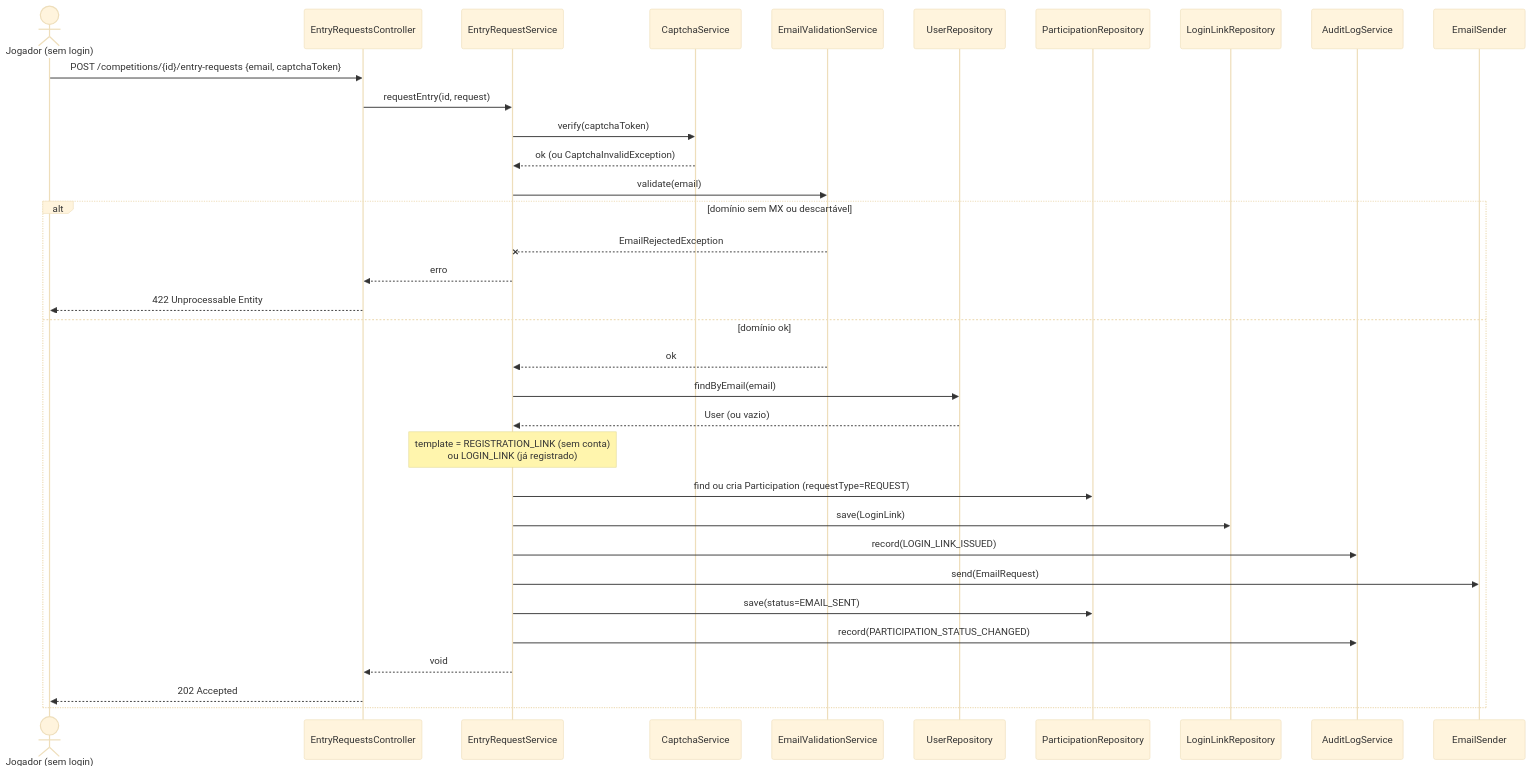
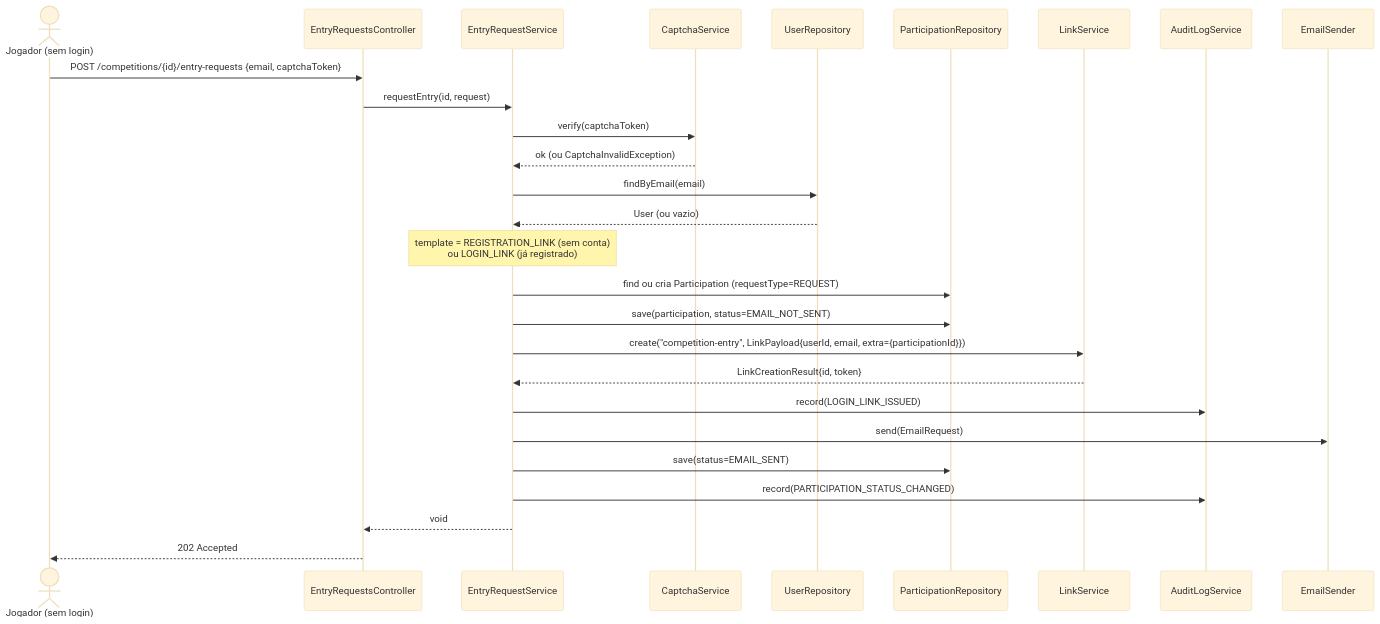
One commit to lalgarve/jogo-acoes changed the sixth of 9 diagrams in docs/diagrams/sequencia.md. Above: the diagram before and after it, drawn with Mermaid (base theme). The commit also changed other lines of this file, not shown here.

First line of the commit message:
docs: refresh sequence diagrams for login/link after the 05-003 refactor

````diff
--- a/docs/diagrams/sequencia.md
+++ b/docs/diagrams/sequencia.md
@@ -174,37 +222,30 @@
 ```mermaid
 sequenceDiagram
     actor J as Jogador (sem login)
     participant ERC as EntryRequestsController
     participant ERS as EntryRequestService
     participant Cap as CaptchaService
-    participant EV as EmailValidationService
     participant UR as UserRepository
     participant PR as ParticipationRepository
-    participant LLR as LoginLinkRepository
+    participant LiS as LinkService
     participant AL as AuditLogService
     participant ES as EmailSender
 
     J->>ERC: POST /competitions/{id}/entry-requests {email, captchaToken}
     ERC->>ERS: requestEntry(id, request)
     ERS->>Cap: verify(captchaToken)
     Cap-->>ERS: ok (ou CaptchaInvalidException)
-    ERS->>EV: validate(email)
-    alt domínio sem MX ou descartável
-        EV--xERS: EmailRejectedException
-        ERS-->>ERC: erro
-        ERC-->>J: 422 Unprocessable Entity
-    else domínio ok
-        EV-->>ERS: ok
-        ERS->>UR: findByEmail(email)
-        UR-->>ERS: User (ou vazio)
-        Note over ERS: template = REGISTRATION_LINK (sem conta)<br/>ou LOGIN_LINK (já registrado)
-        ERS->>PR: find ou cria Participation (requestType=REQUEST)
-        ERS->>LLR: save(LoginLink)
-        ERS->>AL: record(LOGIN_LINK_ISSUED)
-        ERS->>ES: send(EmailRequest)
-        ERS->>PR: save(status=EMAIL_SENT)
-        ERS->>AL: record(PARTICIPATION_STATUS_CHANGED)
-        ERS-->>ERC: void
-        ERC-->>J: 202 Accepted
-    end
+    ERS->>UR: findByEmail(email)
+    UR-->>ERS: User (ou vazio)
+    Note over ERS: template = REGISTRATION_LINK (sem conta)<br/>ou LOGIN_LINK (já registrado)
+    ERS->>PR: find ou cria Participation (requestType=REQUEST)
+    ERS->>PR: save(participation, status=EMAIL_NOT_SENT)
+    ERS->>LiS: create("competition-entry", LinkPayload{userId, email, extra={participationId}})
+    LiS-->>ERS: LinkCreationResult{id, token}
+    ERS->>AL: record(LOGIN_LINK_ISSUED)
+    ERS->>ES: send(EmailRequest)
+    ERS->>PR: save(status=EMAIL_SENT)
+    ERS->>AL: record(PARTICIPATION_STATUS_CHANGED)
+    ERS-->>ERC: void
+    ERC-->>J: 202 Accepted
 ```
````
